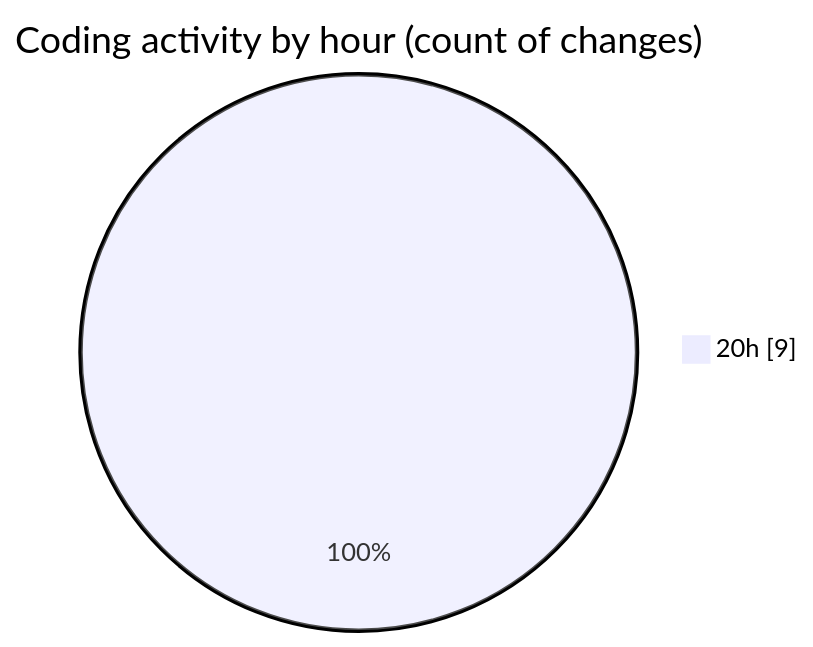
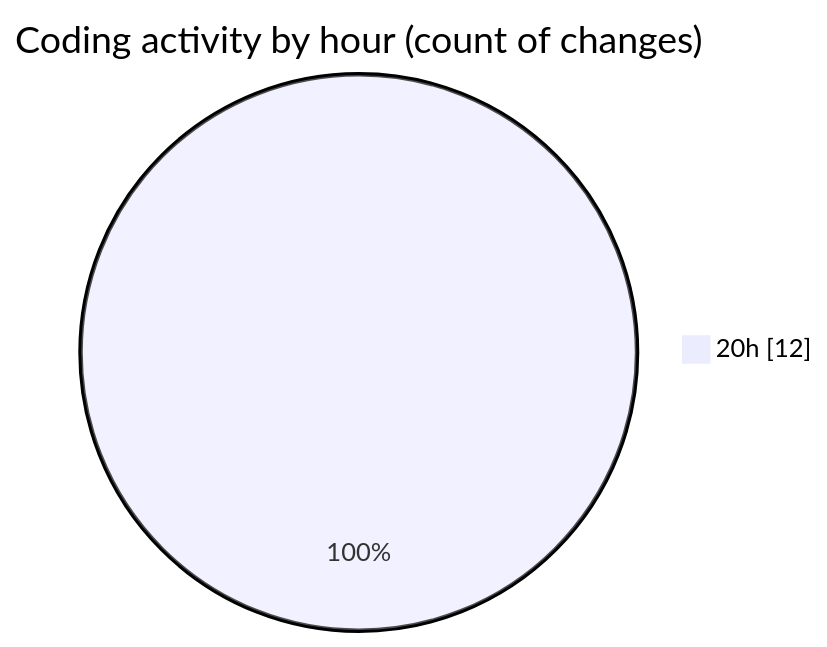
The second of 2 diagrams in 2025-04-24/echo/README.md (Netris89/code-tracking), drawn with Mermaid before and after one commit. The commit also changed other lines of this file and 1 other file, not shown here.

````diff
--- a/2025-04-24/echo/README.md
+++ b/2025-04-24/echo/README.md
@@ -28,5 +28,5 @@
 ```mermaid
 pie showData
 title Coding activity by hour (count of changes)
-"20h" : 9
+"20h" : 12
 ```
````
